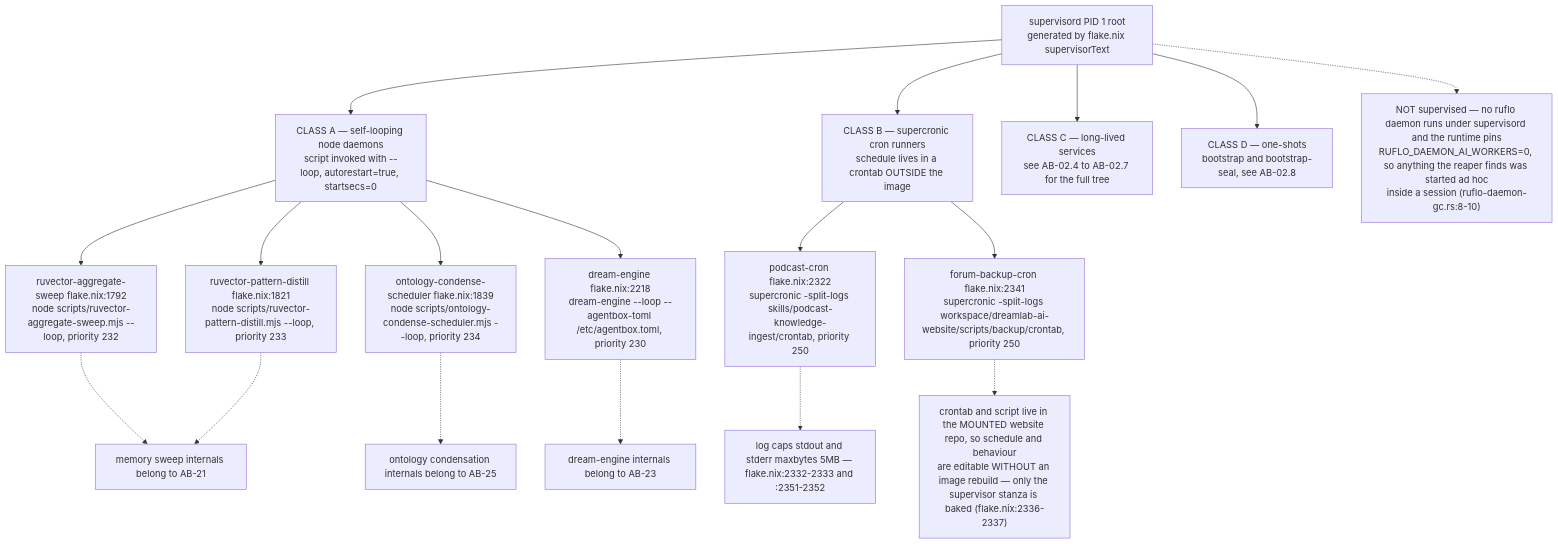
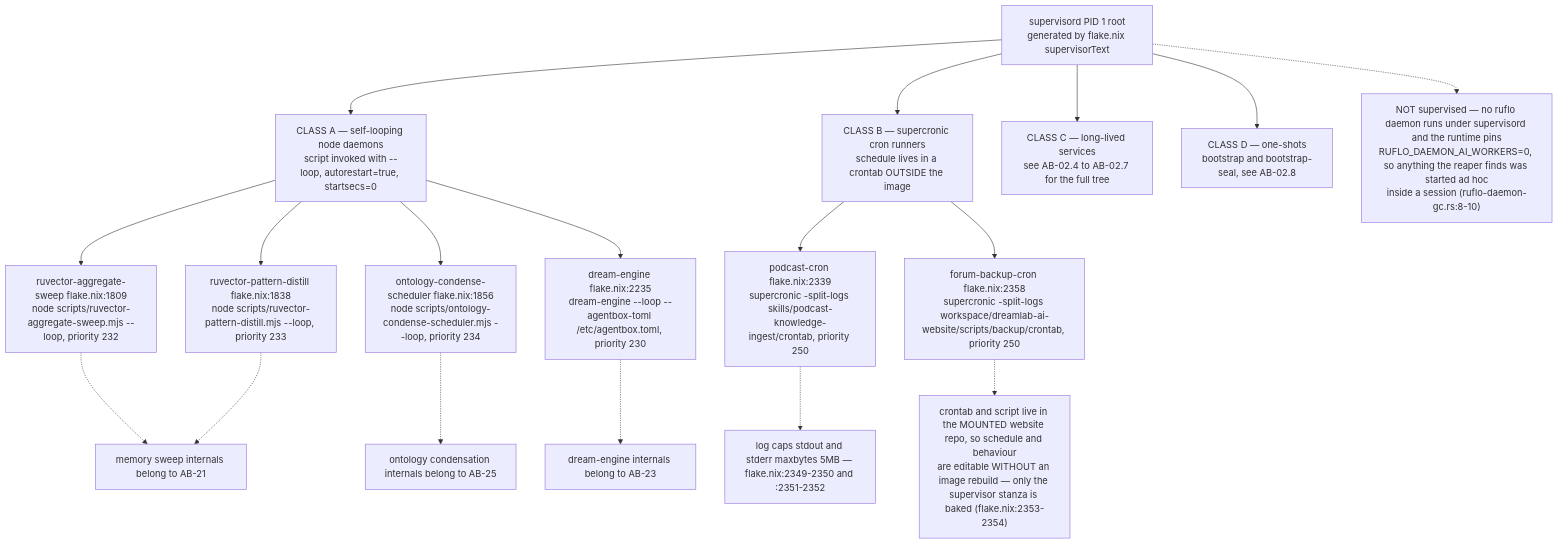
One commit to DreamLab-AI/AR-AI-Knowledge-Graph changed the first of 9 diagrams in docs/diagrams/agentbox/07-daemons-reapers-cron-backups.md. Above: the diagram before and after it, drawn with Mermaid. The commit also changed other lines of this file and 73 other files, not shown here.

First line of the commit message:
docs(diagrams): re-verify all 71 topic files against HEAD; add --cite-check

````diff
--- a/docs/diagrams/agentbox/07-daemons-reapers-cron-backups.md
+++ b/docs/diagrams/agentbox/07-daemons-reapers-cron-backups.md
@@ -24,20 +24,20 @@
 ```mermaid
 flowchart TD
     SUP["supervisord PID 1 root<br/>generated by flake.nix supervisorText"] --> C1["CLASS A — self-looping node daemons<br/>script invoked with --loop, autorestart=true, startsecs=0"]
     SUP --> C2["CLASS B — supercronic cron runners<br/>schedule lives in a crontab OUTSIDE the image"]
     SUP --> C3["CLASS C — long-lived services<br/>see AB-02.4 to AB-02.7 for the full tree"]
     SUP --> C4["CLASS D — one-shots<br/>bootstrap and bootstrap-seal, see AB-02.8"]
-    C1 --> A1["ruvector-aggregate-sweep flake.nix:1792<br/>node scripts/ruvector-aggregate-sweep.mjs --loop, priority 232"]
-    C1 --> A2["ruvector-pattern-distill flake.nix:1821<br/>node scripts/ruvector-pattern-distill.mjs --loop, priority 233"]
-    C1 --> A3["ontology-condense-scheduler flake.nix:1839<br/>node scripts/ontology-condense-scheduler.mjs --loop, priority 234"]
-    C1 --> A4["dream-engine flake.nix:2218<br/>dream-engine --loop --agentbox-toml /etc/agentbox.toml, priority 230"]
-    C2 --> B1["podcast-cron flake.nix:2322<br/>supercronic -split-logs skills/podcast-knowledge-ingest/crontab, priority 250"]
-    C2 --> B2["forum-backup-cron flake.nix:2341<br/>supercronic -split-logs workspace/dreamlab-ai-website/scripts/backup/crontab, priority 250"]
+    C1 --> A1["ruvector-aggregate-sweep flake.nix:1809<br/>node scripts/ruvector-aggregate-sweep.mjs --loop, priority 232"]
+    C1 --> A2["ruvector-pattern-distill flake.nix:1838<br/>node scripts/ruvector-pattern-distill.mjs --loop, priority 233"]
+    C1 --> A3["ontology-condense-scheduler flake.nix:1856<br/>node scripts/ontology-condense-scheduler.mjs --loop, priority 234"]
+    C1 --> A4["dream-engine flake.nix:2235<br/>dream-engine --loop --agentbox-toml /etc/agentbox.toml, priority 230"]
+    C2 --> B1["podcast-cron flake.nix:2339<br/>supercronic -split-logs skills/podcast-knowledge-ingest/crontab, priority 250"]
+    C2 --> B2["forum-backup-cron flake.nix:2358<br/>supercronic -split-logs workspace/dreamlab-ai-website/scripts/backup/crontab, priority 250"]
     A1 -.-> M1["memory sweep internals belong to AB-21"]
     A2 -.-> M1
     A3 -.-> M2["ontology condensation internals belong to AB-25"]
     A4 -.-> M3["dream-engine internals belong to AB-23"]
-    B1 -.-> N1["log caps stdout and stderr maxbytes 5MB — flake.nix:2332-2333 and :2351-2352"]
-    B2 -.-> N2["crontab and script live in the MOUNTED website repo, so schedule and behaviour<br/>are editable WITHOUT an image rebuild — only the supervisor stanza is baked (flake.nix:2336-2337)"]
+    B1 -.-> N1["log caps stdout and stderr maxbytes 5MB — flake.nix:2349-2350 and :2351-2352"]
+    B2 -.-> N2["crontab and script live in the MOUNTED website repo, so schedule and behaviour<br/>are editable WITHOUT an image rebuild — only the supervisor stanza is baked (flake.nix:2353-2354)"]
     SUP -.-> ADHOC["NOT supervised — no ruflo daemon runs under supervisord and the runtime pins<br/>RUFLO_DAEMON_AI_WORKERS=0, so anything the reaper finds was started ad hoc<br/>inside a session (ruflo-daemon-gc.rs:8-10)"]
 ```
````
